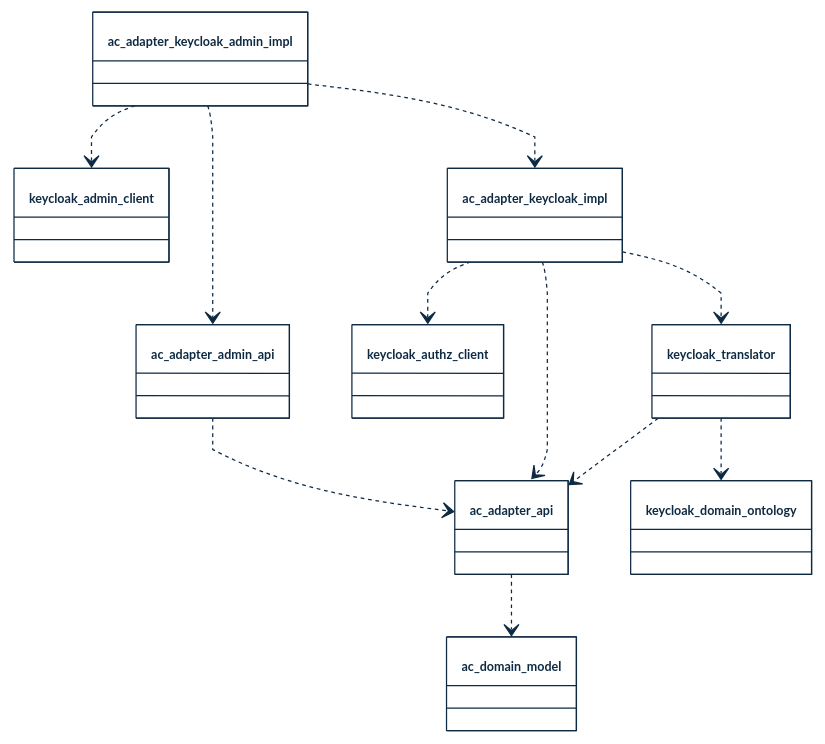
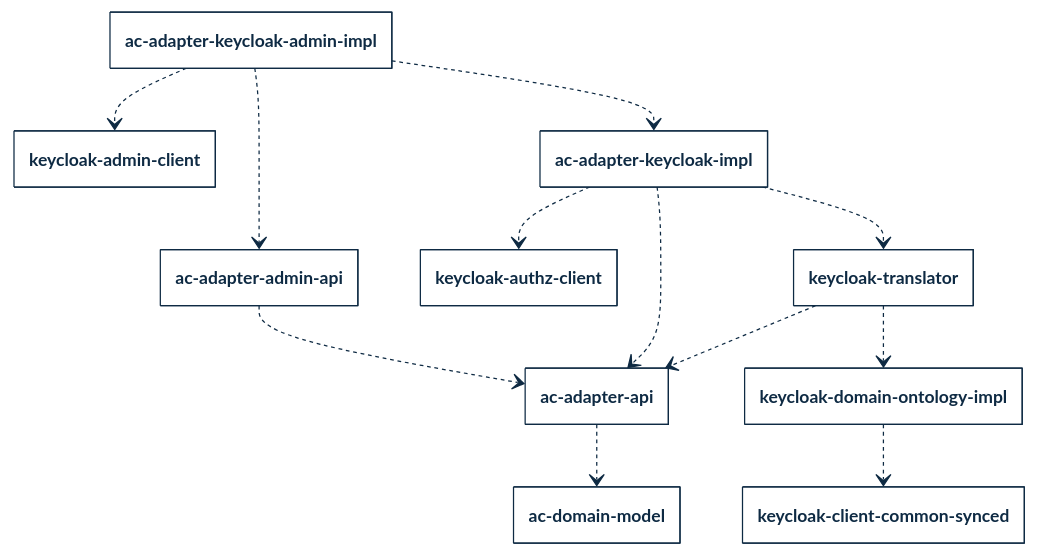
One commit to cybnity/domain-access-control changed the diagram in implementation-line/access-control/ac-adapter/README.md. Above: the diagram before and after it, drawn with Mermaid. The commit also changed other lines of this file, not shown here.

Commit message:
Update README.md
Diagram of adaptation components with detailed dependencies and description

````diff
--- a/implementation-line/access-control/ac-adapter/README.md
+++ b/implementation-line/access-control/ac-adapter/README.md
@@ -38,52 +42,57 @@
 ```mermaid
 %%{
   init: {
     'theme': 'base',
     'themeVariables': {
         'background': '#ffffff',
         'fontFamily': 'arial',
-        'fontSize': '10px',
+        'fontSize': '14px',
         'primaryColor': '#fff',
         'primaryTextColor': '#0e2a43',
         'primaryBorderColor': '#0e2a43',
         'secondaryColor': '#fff',
         'secondaryTextColor': '#fff',
         'secondaryBorderColor': '#fff',
         'tertiaryColor': '#fff',
         'tertiaryTextColor': '#fff',
         'tertiaryBorderColor': '#fff',
         'edgeLabelBackground':'#fff',
         'lineColor': '#0e2a43',
         'titleColor': '#fff',
         'textColor': '#0e2a43',
         'lineColor': '#0e2a43',
         'nodeTextColor': '#0e2a43',
         'nodeBorder': '#0e2a43',
         'noteTextColor': '#0e2a43',
         'noteBorderColor': '#0e2a43'
     },
-    'flowchart': { 'curve': 'monotoneX' }
+    'flowchart': { 'curve': 'basis' },
+    'class': {
+        'hideEmptyMembersBox': 'true'
+    }
   }
 }%%
+
 classDiagram
-  class ac_aaa["ac_adapter_admin_api"]
-  class kac["keycloak_admin_client"]
-  class ac_aki["ac_adapter_keycloak_impl"]
-  class ac_aa["ac_adapter_api"]
-  class ac_akai["ac_adapter_keycloak_admin_impl"]
-  class kautc["keycloak_authz_client"]
-  class ktr["keycloak_translator"]
-  class kdo["keycloak_domain_ontology"]
-  class ac_dmm["ac_domain_model"]
+  class ac_aaa["ac-adapter-admin-api"]
+  class kac["keycloak-admin-client"]
+  class ac_aki["ac-adapter-keycloak-impl"]
+  class ac_aa["ac-adapter-api"]
+  class ac_akai["ac-adapter-keycloak-admin-impl"]
+  class kautc["keycloak-authz-client"]
+  class ktr["keycloak-translator"]
+  class kdo["keycloak-domain-ontology-impl"]
+  class kccs["keycloak-client-common-synced"]
+  class ac_dmm["ac-domain-model"]
   ac_akai ..> ac_aaa
   ac_akai ..> kac
   ac_akai ..> ac_aki
   ac_aaa ..> ac_aa
   ac_aki ..> kautc
   ac_aki ..> ktr
   ac_aki ..> ac_aa
   ktr ..> kdo
   ktr ..> ac_aa
   ac_aa ..> ac_dmm
-
+  kdo ..> kccs
 ```
````
